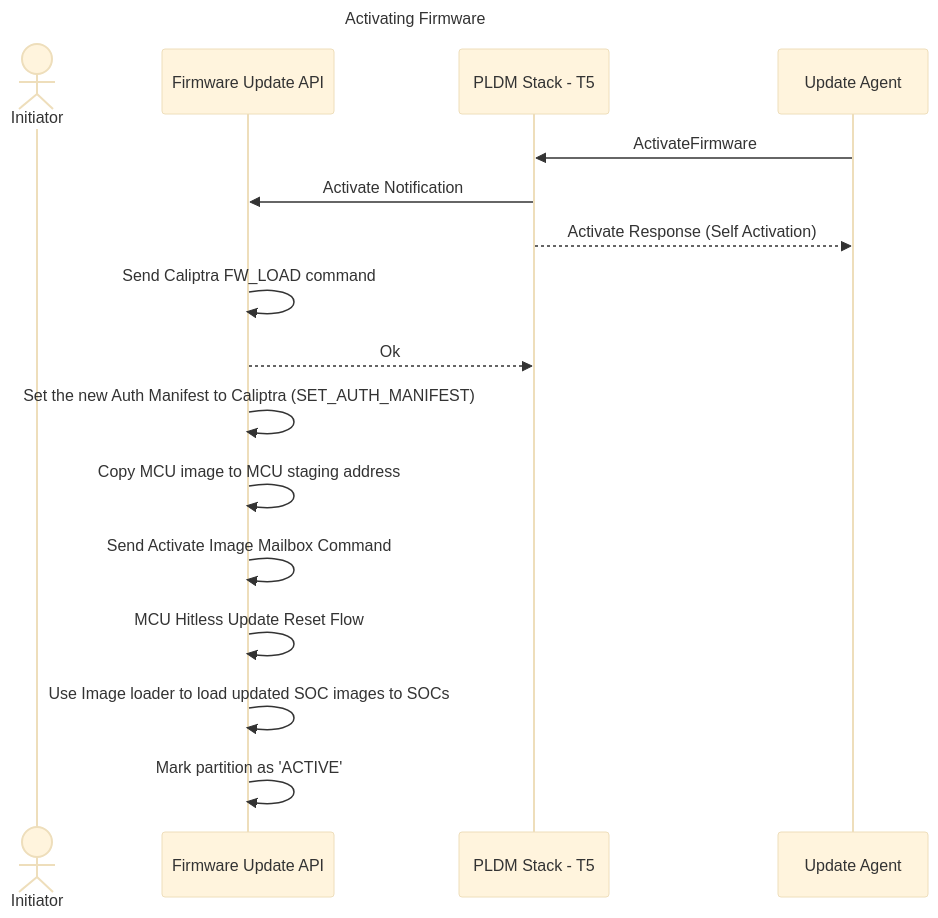
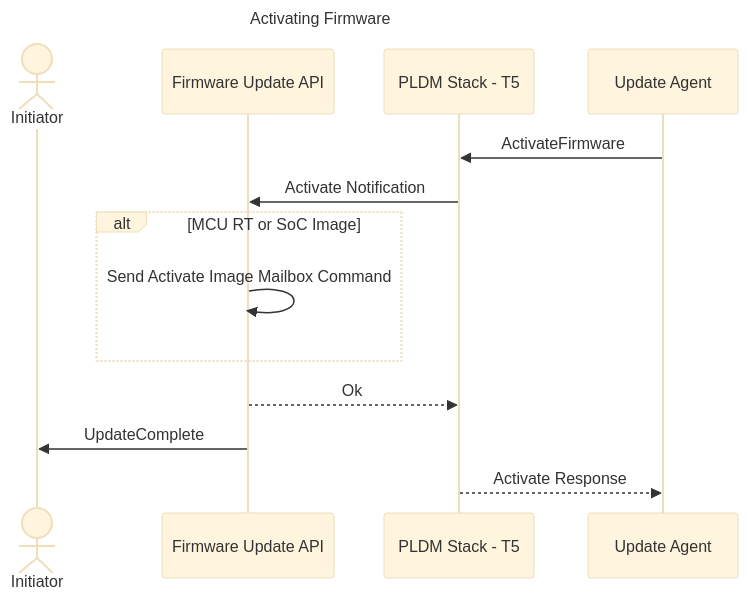
Before and after one commit to chipsalliance/caliptra-mcu-sw: the ninth of 9 diagrams in docs/src/firmware_update.md, drawn with Mermaid (base theme). The commit also changed other lines of this file and 905 other files, not shown here.

````diff
--- a/docs/src/firmware_update.md
+++ b/docs/src/firmware_update.md
@@ -174,22 +196,18 @@
 ```mermaid
 sequenceDiagram
     title Activating Firmware
 
     actor App as Initiator
     participant API as Firmware Update API
     participant Firmware as PLDM Stack - T5
     participant PLDM as Update Agent
 
     PLDM->>Firmware: ActivateFirmware
     Firmware->>API: Activate Notification
-    Firmware-->>PLDM: Activate Response (Self Activation)
-    API->>API: Send Caliptra FW_LOAD command
+    alt MCU RT or SoC Image
+        API->>API: Send Activate Image Mailbox Command
+    end
     API-->>Firmware: Ok
-
-    API->>API: Set the new Auth Manifest to Caliptra  (SET_AUTH_MANIFEST)  
-    API->>API: Copy MCU image to MCU staging address
-    API->>API: Send Activate Image Mailbox Command
-    API->>API: MCU Hitless Update Reset Flow
-    API->>API: Use Image loader to load updated SOC images to SOCs
-    API->>API: Mark partition as 'ACTIVE'
+    API->>App: UpdateComplete
+    Firmware-->>PLDM: Activate Response
 ```
````
